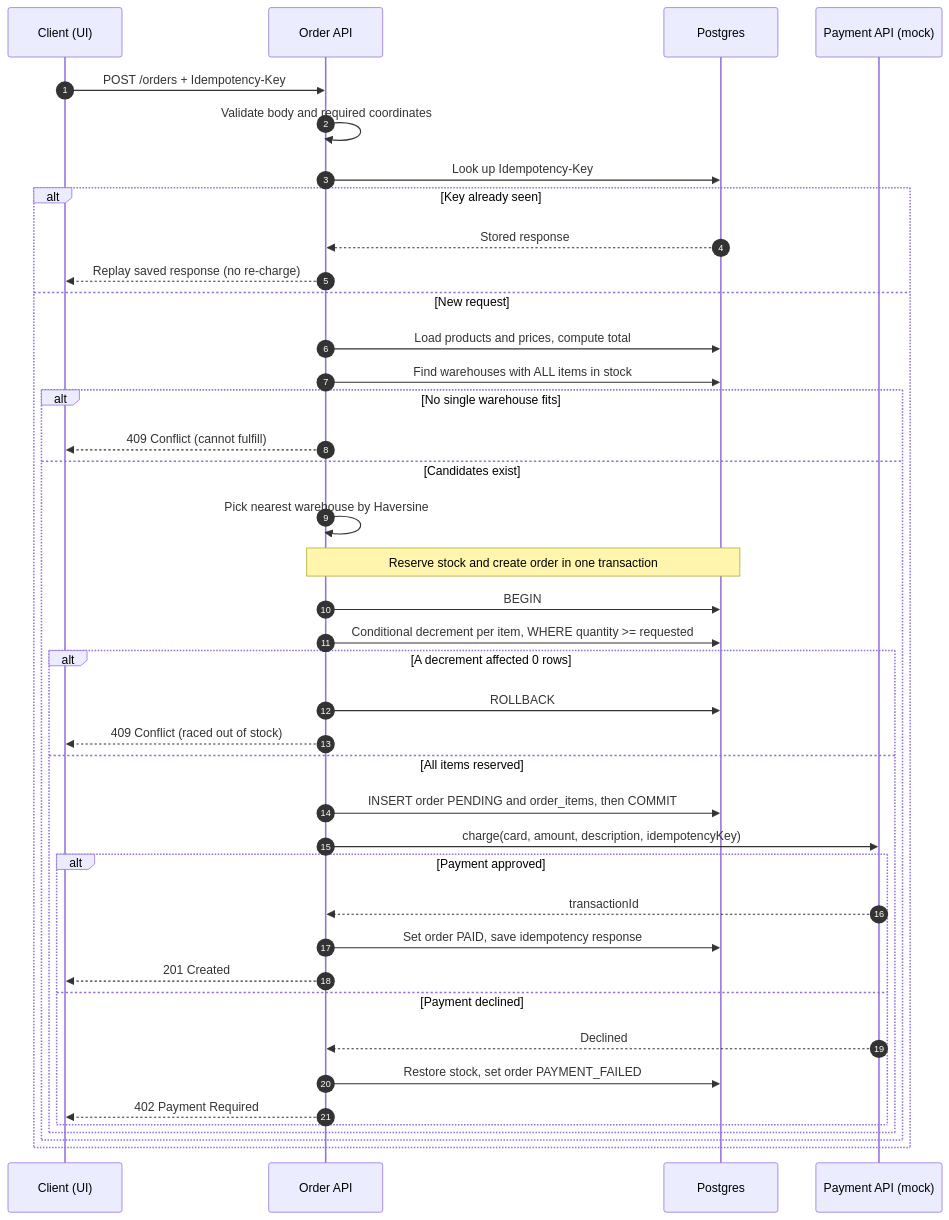
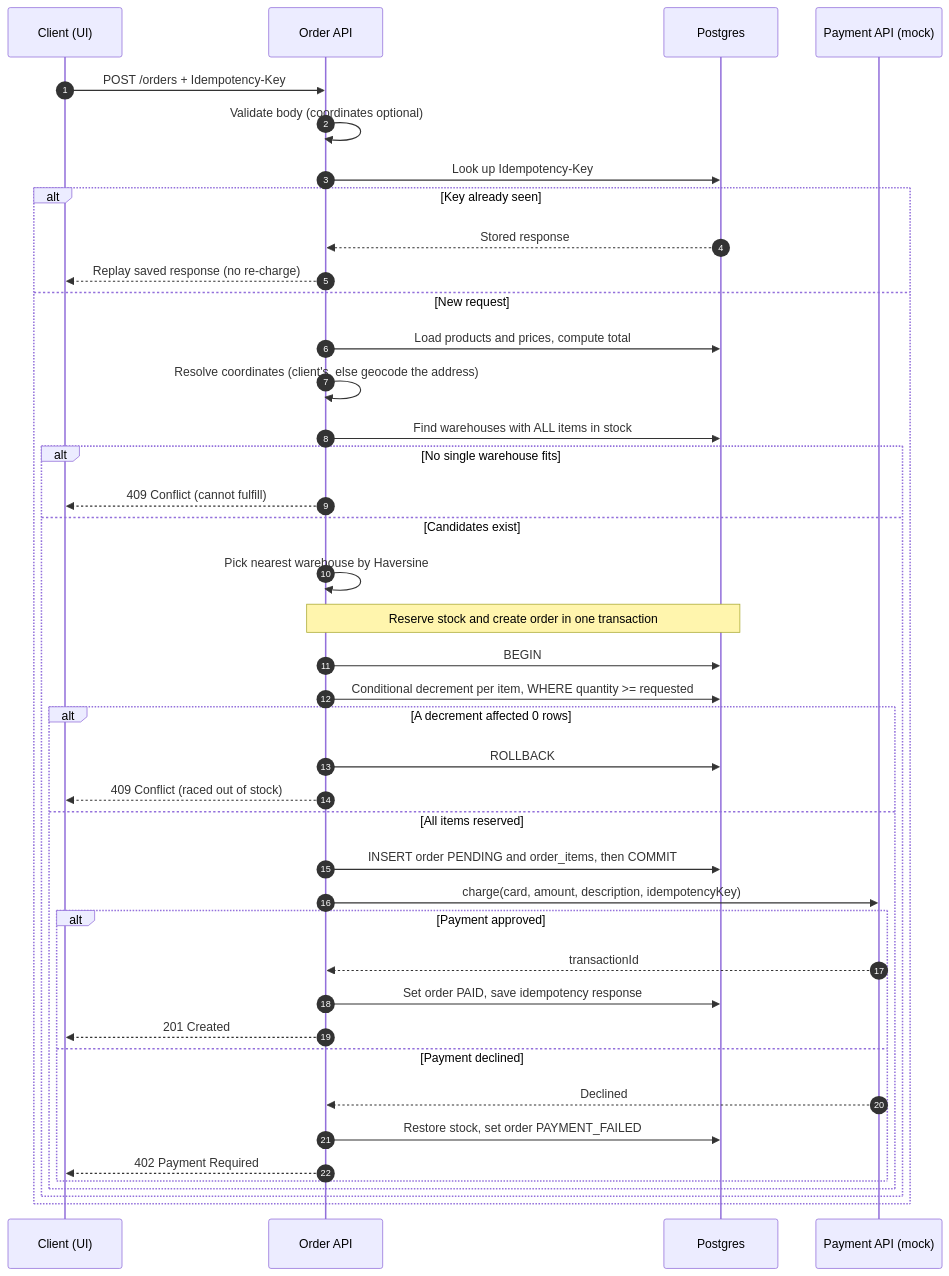
Before and after one commit to andrespd1/order-management-service: the diagram in PRD.md, drawn with Mermaid. The commit also changed other lines of this file and 11 other files, not shown here.

First line of the commit message:
feat: geocode the shipping address when coordinates are omitted

````diff
--- a/PRD.md
+++ b/PRD.md
@@ -188,43 +188,44 @@
 ```mermaid
 sequenceDiagram
     autonumber
     participant C as Client (UI)
     participant API as Order API
     participant DB as Postgres
     participant Pay as Payment API (mock)
 
     C->>API: POST /orders + Idempotency-Key
-    API->>API: Validate body and required coordinates
+    API->>API: Validate body (coordinates optional)
     API->>DB: Look up Idempotency-Key
     alt Key already seen
         DB-->>API: Stored response
         API-->>C: Replay saved response (no re-charge)
     else New request
         API->>DB: Load products and prices, compute total
+        API->>API: Resolve coordinates (client's, else geocode the address)
         API->>DB: Find warehouses with ALL items in stock
         alt No single warehouse fits
             API-->>C: 409 Conflict (cannot fulfill)
         else Candidates exist
             API->>API: Pick nearest warehouse by Haversine
             Note over API,DB: Reserve stock and create order in one transaction
             API->>DB: BEGIN
             API->>DB: Conditional decrement per item, WHERE quantity >= requested
             alt A decrement affected 0 rows
                 API->>DB: ROLLBACK
                 API-->>C: 409 Conflict (raced out of stock)
             else All items reserved
                 API->>DB: INSERT order PENDING and order_items, then COMMIT
                 API->>Pay: charge(card, amount, description, idempotencyKey)
                 alt Payment approved
                     Pay-->>API: transactionId
                     API->>DB: Set order PAID, save idempotency response
                     API-->>C: 201 Created
                 else Payment declined
                     Pay-->>API: Declined
                     API->>DB: Restore stock, set order PAYMENT_FAILED
                     API-->>C: 402 Payment Required
                 end
             end
         end
     end
 ```
````
